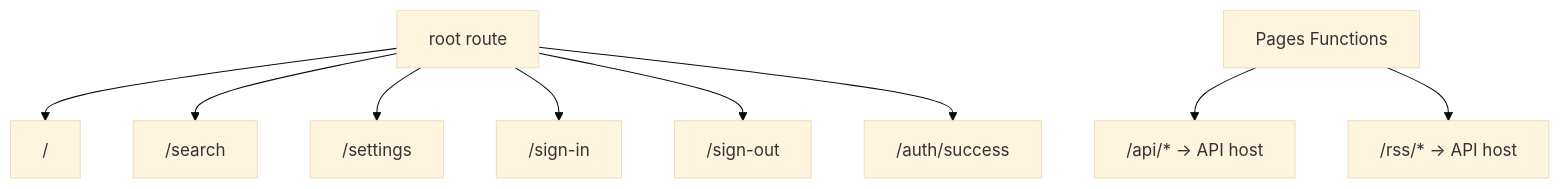
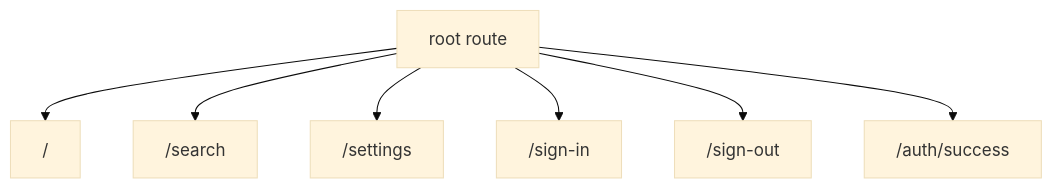
The second of 4 diagrams in docs/ARCHITECTURE.md (chill-institute/chill-institute-web), drawn with Mermaid (base theme) before and after one commit. The commit also changed other lines of this file and 5 other files, not shown here.

Commit message:
fix(web): remove hosted api and rss redirects

````diff
--- a/docs/ARCHITECTURE.md
+++ b/docs/ARCHITECTURE.md
@@ -39,11 +35,9 @@
 ```mermaid
 graph TD
   Root["root route"] --> Home["/"]
   Root --> Search["/search"]
   Root --> Settings["/settings"]
   Root --> SignIn["/sign-in"]
   Root --> SignOut["/sign-out"]
   Root --> AuthSuccess["/auth/success"]
-  Edge["Pages Functions"] --> LegacyAPI["/api/* -> API host"]
-  Edge --> LegacyRSS["/rss/* -> API host"]
 ```
````
